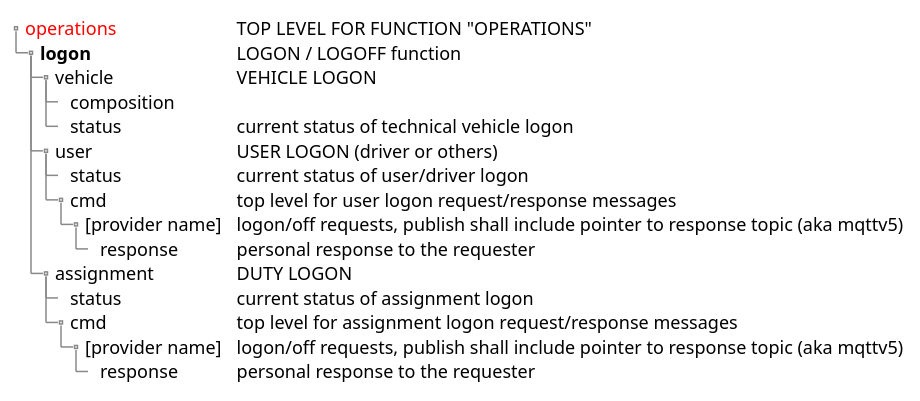
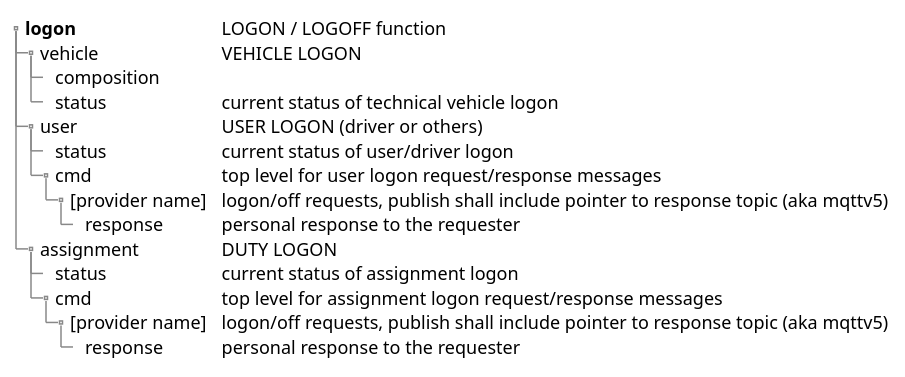
Before and after one commit to ITxPT/schematest: the diagram in puml-linktest/logon_mqtt-topics.puml, drawn with PlantUML.

```diff
--- a/puml-linktest/logon_mqtt-topics.puml
+++ b/puml-linktest/logon_mqtt-topics.puml
@@ -1,30 +1,30 @@
 @startsalt (id=logon)
 
 ' Logon topics
 ' Status: workdoc, version 0.1
 ' the first topic level (+) is assigned to the ITxPT root topic
 ' the second topic level (++) that is the parent of logon is "operations"
 ' eg. the mounting point for this document is: [ITxPT root topic]/operations/..
 {
 {T
 '.
-++ <font color=red>operations | <font color=black>TOP LEVEL FOR FUNCTION "OPERATIONS"
+
 +++ **logon** | LOGON / LOGOFF function
 ++++ vehicle | VEHICLE LOGON
 +++++ composition
 +++++ status | current status of technical vehicle logon
 
 ++++ user | USER LOGON (driver or others)
 +++++ status | current status of user/driver logon
 +++++ cmd | top level for user logon request/response messages
 ++++++ [provider name] | logon/off requests, publish shall include pointer to response topic (aka mqttv5)
 +++++++ response | personal response to the requester
 
 ++++ assignment | DUTY LOGON
 +++++ status | current status of assignment logon
 +++++ cmd | top level for assignment logon request/response messages
 ++++++ [provider name] | logon/off requests, publish shall include pointer to response topic (aka mqttv5)
 +++++++ response | personal response to the requester
 }
 }
 @endsalt
```
